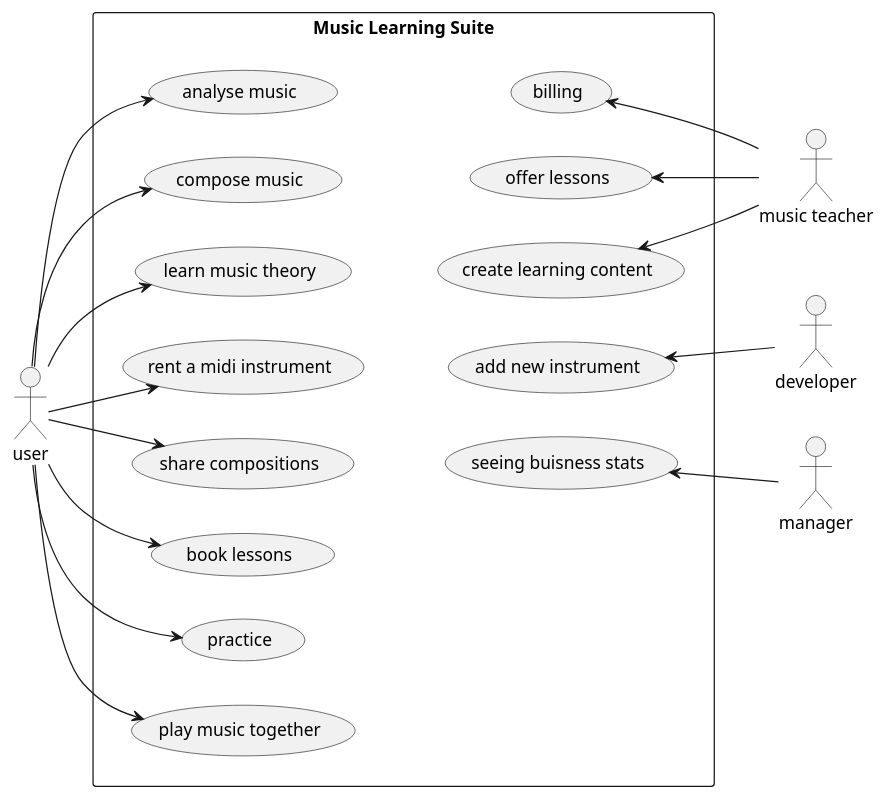
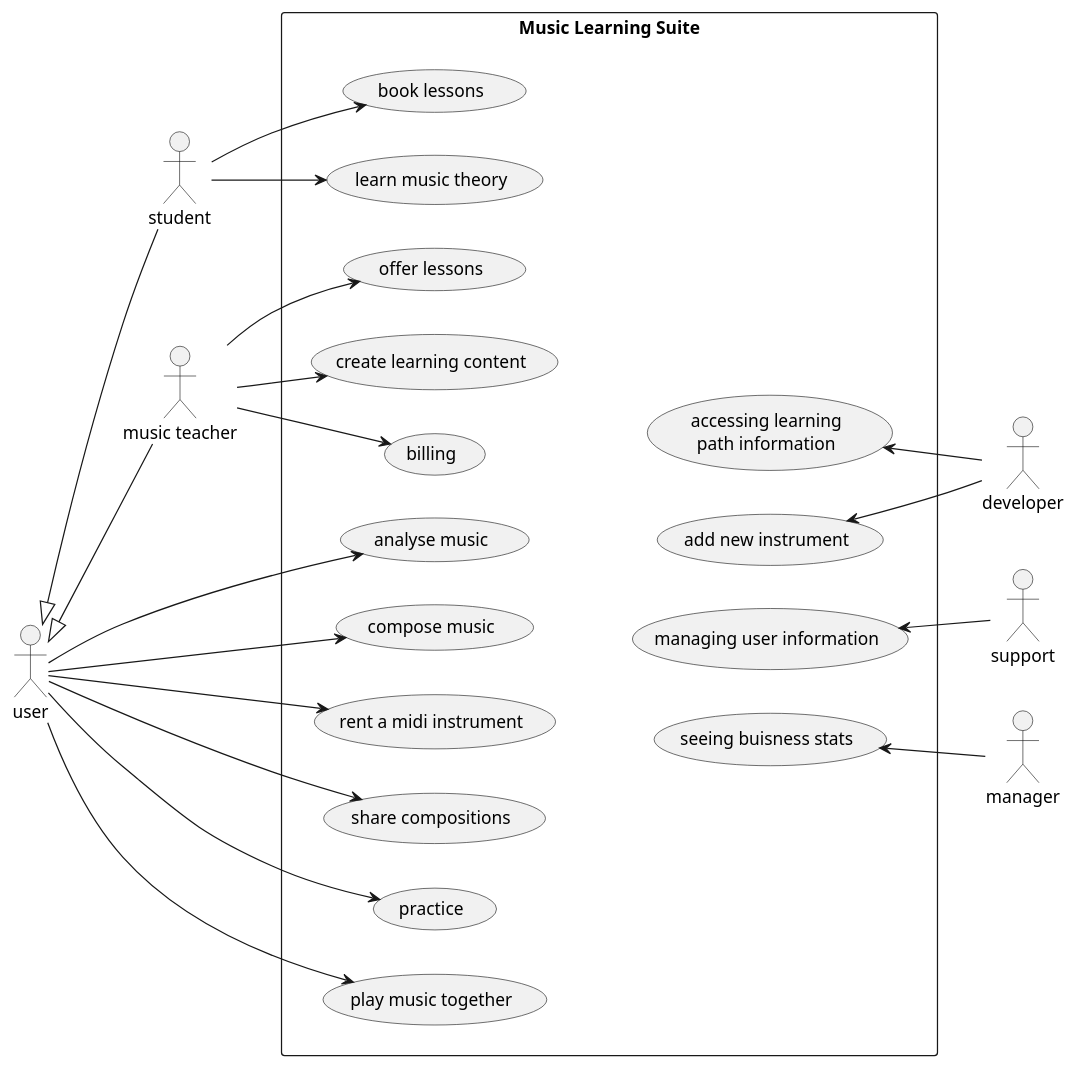
The first of 3 diagrams in README.md (Famondir/Music-Suite), drawn with PlantUML before and after one commit. The commit also changed other lines of this file, not shown here.

Commit message:
First draft for component diagram

````diff
--- a/README.md
+++ b/README.md
@@ -13,30 +13,36 @@
 ```plantuml
 left to right direction
 skinparam packageStyle rectangle
 actor user
+actor student
 actor "music teacher" as teacher
 actor manager
 actor developer
+actor support
+user <|-- teacher
+user <|-- student
 rectangle "Music Learning Suite" as MLS {
   together {
     user --> (analyse music)
     user --> (compose music)
-    user --> (learn music theory)
+    student --> (learn music theory)
     user --> (rent a midi instrument)
     user --> (share compositions)
-    user --> (book lessons)
+    student --> (book lessons)
     user --> (practice)
     user --> (play music together)
+    teacher --> (billing)
+    teacher --> (offer lessons)
+    teacher --> (create learning content)
   }
 
   together {
-    (billing) <-- teacher
-    (offer lessons) <-- teacher
-    (create learning content) <-- teacher
+    (accessing learning\npath information) <-- developer
     (add new instrument) <-- developer
+    (managing user information) <-- support
     (seeing buisness stats) <-- manager
   }
 
-  (analyse music) -[hidden]- (billing)
+  (analyse music) -[hidden]- (add new instrument)
 }
 ```
````
